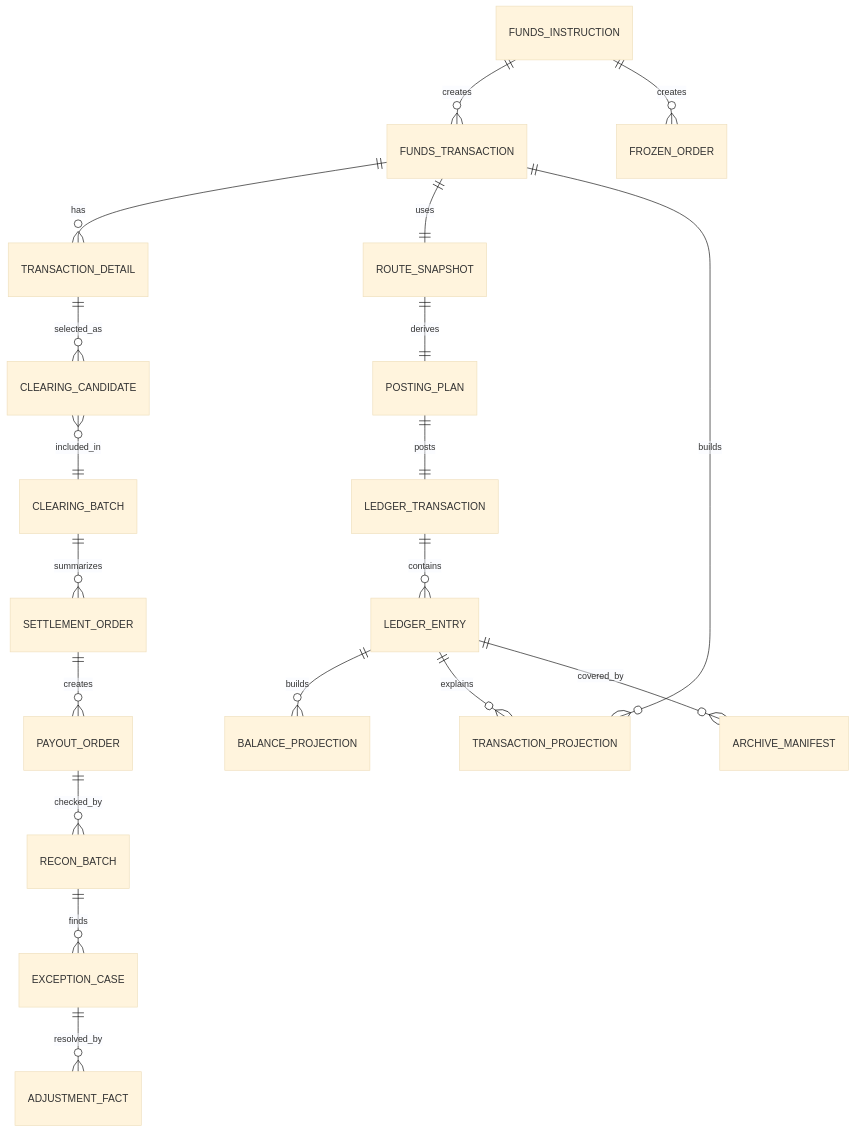
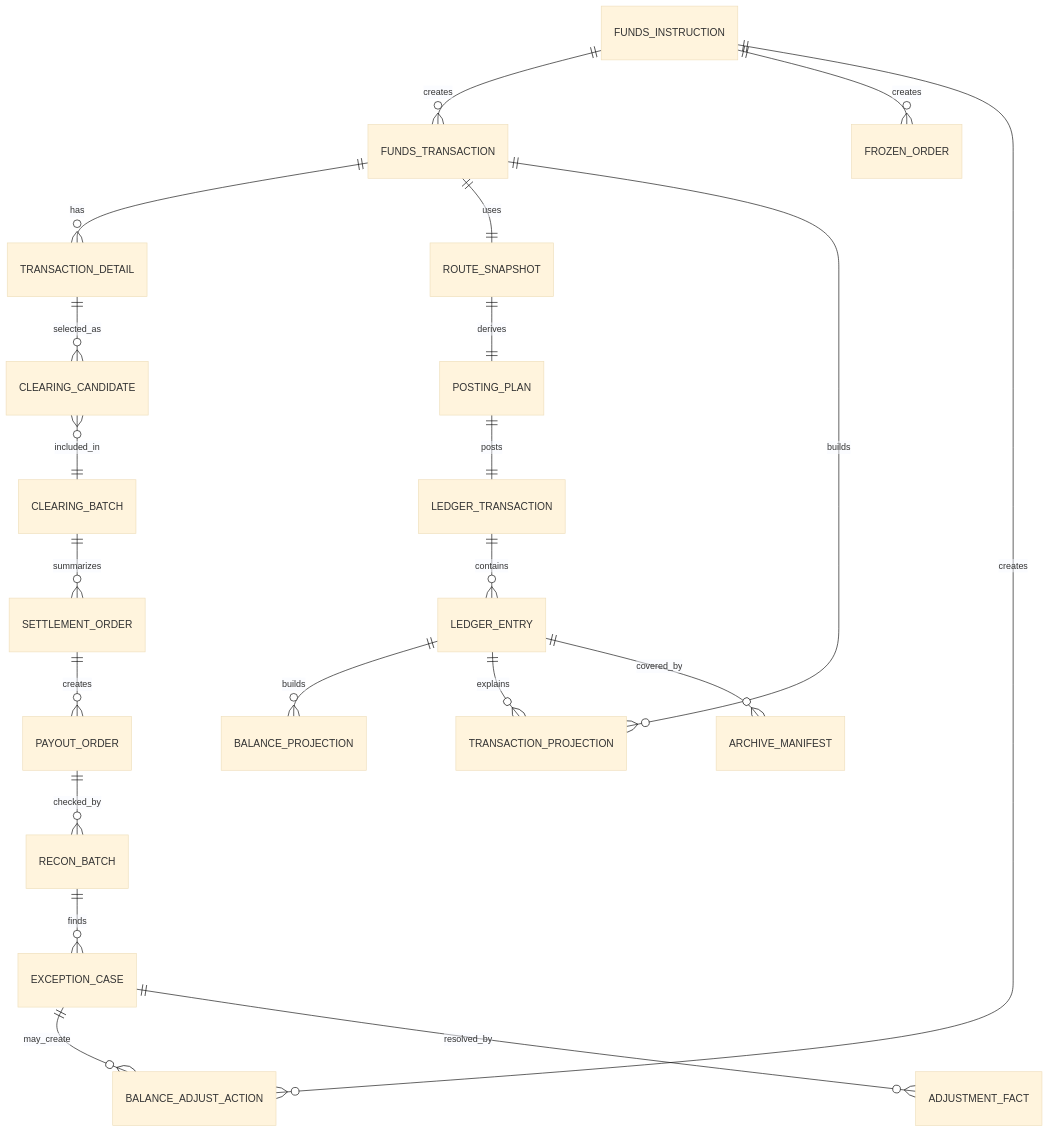
One commit to fengwuxp/wind-funds changed the second of 9 diagrams in docs/产品设计/01-PRD总览.md. Above: the diagram before and after it, drawn with Mermaid (base theme). The commit also changed other lines of this file and 23 other files, not shown here.

````diff
--- a/docs/产品设计/01-PRD总览.md
+++ b/docs/产品设计/01-PRD总览.md
@@ -140,21 +142,23 @@
 ```mermaid
 erDiagram
     FUNDS_INSTRUCTION ||--o{ FUNDS_TRANSACTION : "creates"
     FUNDS_INSTRUCTION ||--o{ FROZEN_ORDER : "creates"
+    FUNDS_INSTRUCTION ||--o{ BALANCE_ADJUST_ACTION : "creates"
     FUNDS_TRANSACTION ||--o{ TRANSACTION_DETAIL : "has"
     FUNDS_TRANSACTION ||--|| ROUTE_SNAPSHOT : "uses"
     ROUTE_SNAPSHOT ||--|| POSTING_PLAN : "derives"
     POSTING_PLAN ||--|| LEDGER_TRANSACTION : "posts"
     LEDGER_TRANSACTION ||--o{ LEDGER_ENTRY : "contains"
     LEDGER_ENTRY ||--o{ BALANCE_PROJECTION : "builds"
     FUNDS_TRANSACTION ||--o{ TRANSACTION_PROJECTION : "builds"
     LEDGER_ENTRY ||--o{ TRANSACTION_PROJECTION : "explains"
     TRANSACTION_DETAIL ||--o{ CLEARING_CANDIDATE : "selected_as"
     CLEARING_CANDIDATE }o--|| CLEARING_BATCH : "included_in"
     CLEARING_BATCH ||--o{ SETTLEMENT_ORDER : "summarizes"
     SETTLEMENT_ORDER ||--o{ PAYOUT_ORDER : "creates"
     PAYOUT_ORDER ||--o{ RECON_BATCH : "checked_by"
     RECON_BATCH ||--o{ EXCEPTION_CASE : "finds"
+    EXCEPTION_CASE ||--o{ BALANCE_ADJUST_ACTION : "may_create"
     EXCEPTION_CASE ||--o{ ADJUSTMENT_FACT : "resolved_by"
     LEDGER_ENTRY ||--o{ ARCHIVE_MANIFEST : "covered_by"
 ```
````
